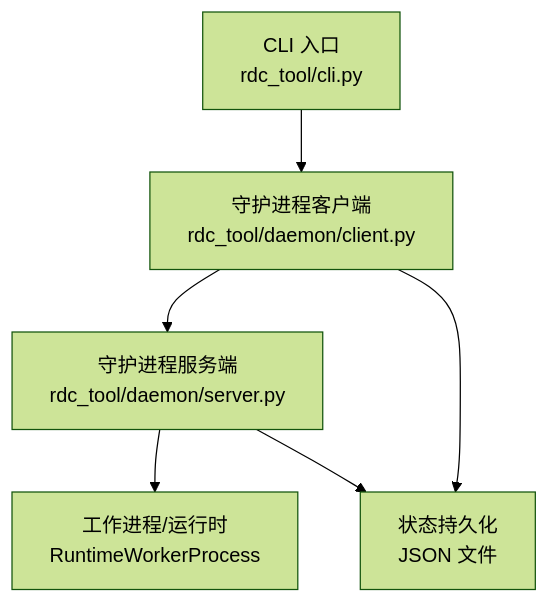
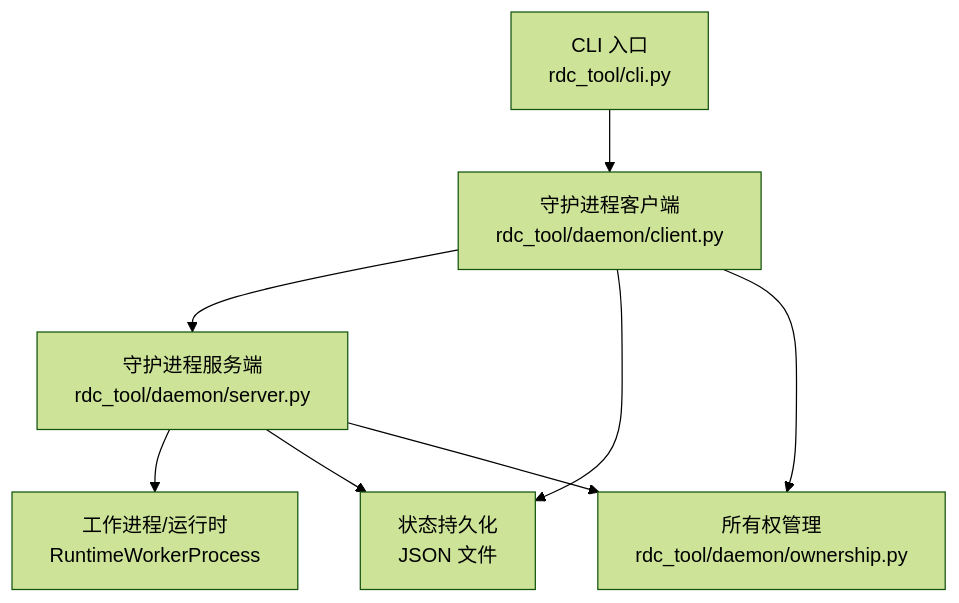
One commit to haolange/RDC-Tool changed the first of 7 diagrams in .qoder/repowiki/zh/content/CLI参考手册/守护进程管理命令.md. Above: the diagram before and after it, drawn with Mermaid (forest theme). The commit also changed other lines of this file and 67 other files, not shown here.

````diff
--- a/.qoder/repowiki/zh/content/CLI参考手册/守护进程管理命令.md
+++ b/.qoder/repowiki/zh/content/CLI参考手册/守护进程管理命令.md
@@ -39,8 +48,10 @@
 ```mermaid
 graph TB
 A["CLI 入口<br/>rdc_tool/cli.py"] --> B["守护进程客户端<br/>rdc_tool/daemon/client.py"]
 B --> C["守护进程服务端<br/>rdc_tool/daemon/server.py"]
 C --> D["工作进程/运行时<br/>RuntimeWorkerProcess"]
 B --> E["状态持久化<br/>JSON 文件"]
 C --> E
+B --> F["所有权管理<br/>rdc_tool/daemon/ownership.py"]
+C --> F
 ```
````
